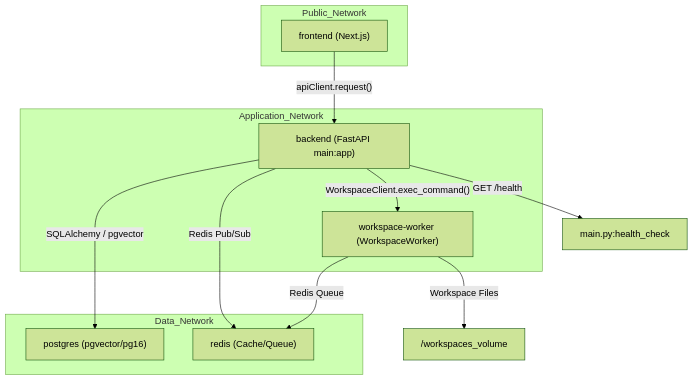
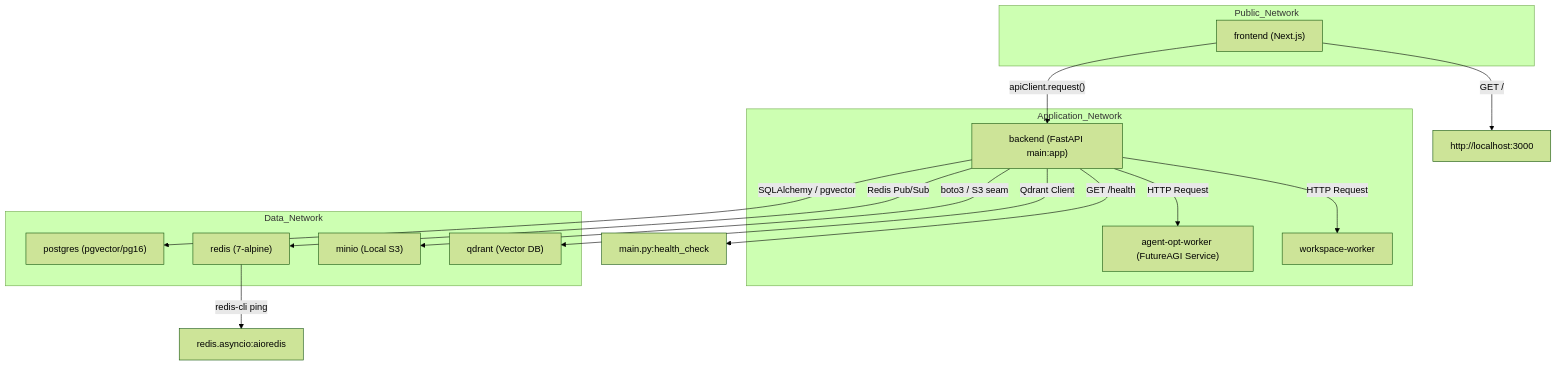
Before and after one commit to AutomatosAI/automatos-ai: the first of 2 diagrams in docs/deployment-infrastructure/docker-containerization.md, drawn with Mermaid (forest theme). The commit also changed other lines of this file and 191 other files, not shown here.

````diff
--- a/docs/deployment-infrastructure/docker-containerization.md
+++ b/docs/deployment-infrastructure/docker-containerization.md
@@ -52,26 +44,31 @@
 ```mermaid
 graph TD
     subgraph "Public_Network"
         FE["frontend (Next.js)"]
     end
 
     subgraph "Application_Network"
         ORC["backend (FastAPI main:app)"]
-        W_WORKER["workspace-worker (WorkspaceWorker)"]
+        A_OPT["agent-opt-worker (FutureAGI Service)"]
+        WS_WORKER["workspace-worker"]
     end
 
     subgraph "Data_Network"
         PG["postgres (pgvector/pg16)"]
-        RD["redis (Cache/Queue)"]
+        RD["redis (7-alpine)"]
+        MIN["minio (Local S3)"]
+        QDRANT["qdrant (Vector DB)"]
     end
 
     FE -- "apiClient.request()" --> ORC
     ORC -- "SQLAlchemy / pgvector" --> PG
     ORC -- "Redis Pub/Sub" --> RD
-    ORC -- "WorkspaceClient.exec_command()" --> W_WORKER
+    ORC -- "boto3 / S3 seam" --> MIN
+    ORC -- "Qdrant Client" --> QDRANT
+    ORC -- "HTTP Request" --> A_OPT
+    ORC -- "HTTP Request" --> WS_WORKER
     
-    W_WORKER -- "Redis Queue" --> RD
-    W_WORKER -- "Workspace Files" --> VOL["/workspaces_volume"]
-
-    ORC -- "GET /health" --> HEALTH["main.py:health_check"]
+    ORC -- "GET /health" --> ORC_HEALTH["main.py:health_check"]
+    RD -- "redis-cli ping" --> RD_HEALTH["redis.asyncio:aioredis"]
+    FE -- "GET /" --> FE_HEALTH["http://localhost:3000"]
 ```
````
